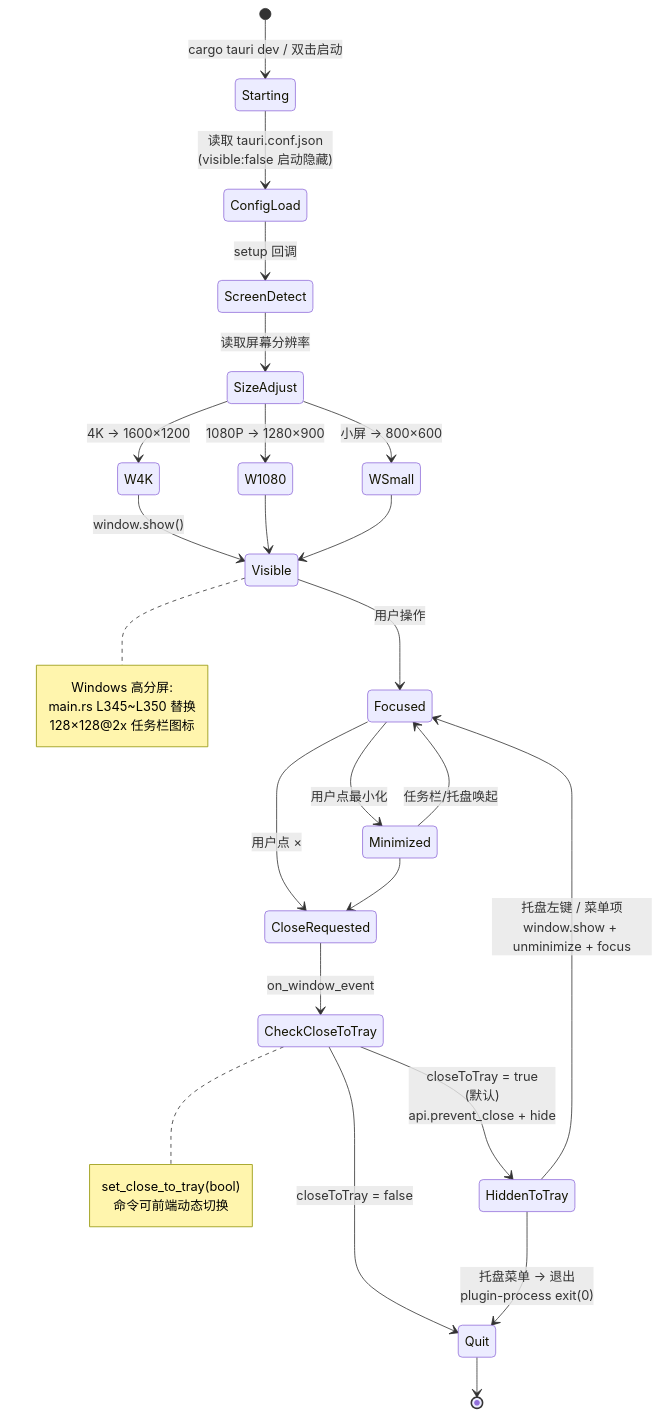
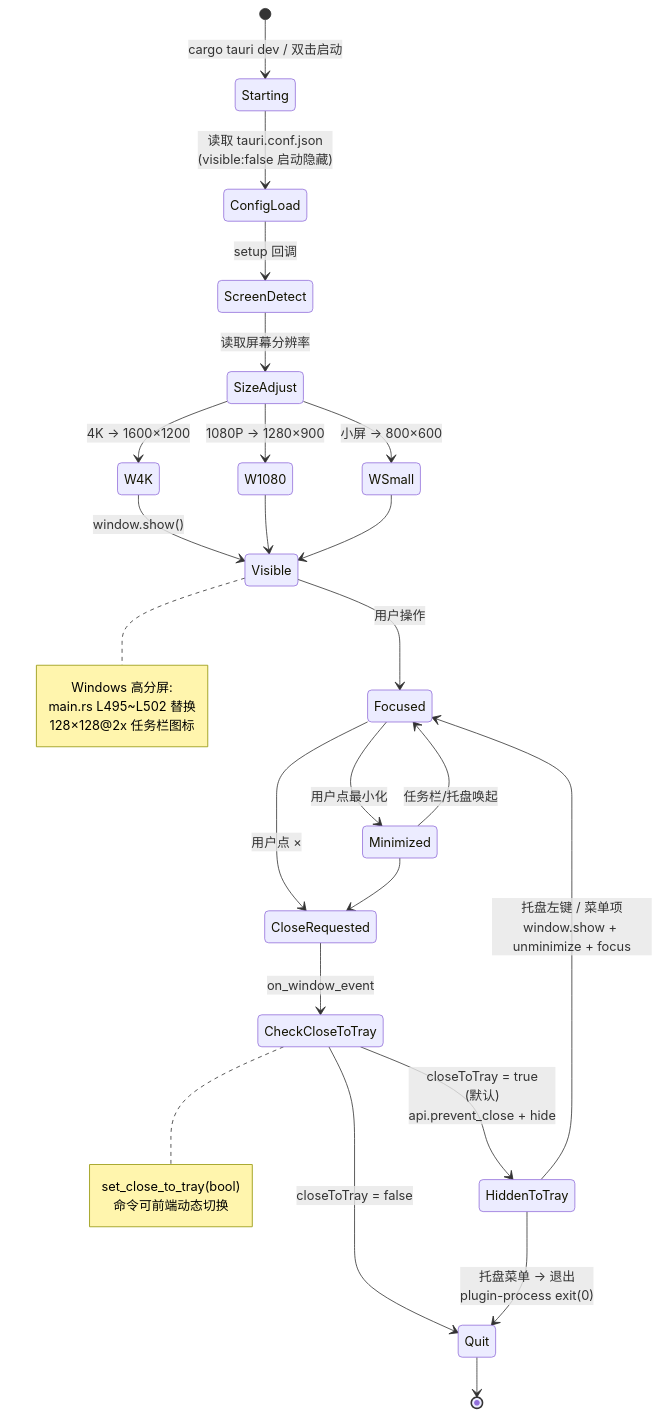
The first of 4 diagrams in docs/flows/window-system-integration.md (joeyliu6/PicNexus), drawn with Mermaid before and after one commit. The commit also changed other lines of this file and 7 other files, not shown here.

````diff
--- a/docs/flows/window-system-integration.md
+++ b/docs/flows/window-system-integration.md
@@ -24,43 +24,43 @@
 ```mermaid
 stateDiagram-v2
     [*] --> Starting: cargo tauri dev / 双击启动
 
     Starting --> ConfigLoad: 读取 tauri.conf.json<br/>(visible:false 启动隐藏)
     ConfigLoad --> ScreenDetect: setup 回调
     ScreenDetect --> SizeAdjust: 读取屏幕分辨率
     SizeAdjust --> W4K: 4K → 1600×1200
     SizeAdjust --> W1080: 1080P → 1280×900
     SizeAdjust --> WSmall: 小屏 → 800×600
 
     W4K --> Visible: window.show()
     W1080 --> Visible
     WSmall --> Visible
 
     Visible --> Focused: 用户操作
 
     Focused --> Minimized: 用户点最小化
     Minimized --> Focused: 任务栏/托盘唤起
 
     Focused --> CloseRequested: 用户点 ×
     Minimized --> CloseRequested
 
     CloseRequested --> CheckCloseToTray: on_window_event
     CheckCloseToTray --> HiddenToTray: closeToTray = true<br/>(默认)<br/>api.prevent_close + hide
     CheckCloseToTray --> Quit: closeToTray = false
 
     HiddenToTray --> Focused: 托盘左键 / 菜单项<br/>window.show + unminimize + focus
     HiddenToTray --> Quit: 托盘菜单 → 退出<br/>plugin-process exit(0)
 
     Quit --> [*]
 
     note right of CheckCloseToTray
       set_close_to_tray(bool)
       命令可前端动态切换
     end note
 
     note right of Visible
       Windows 高分屏:
-      main.rs L345~L350 替换
+      main.rs L495~L502 替换
       128×128@2x 任务栏图标
     end note
 ```
````
